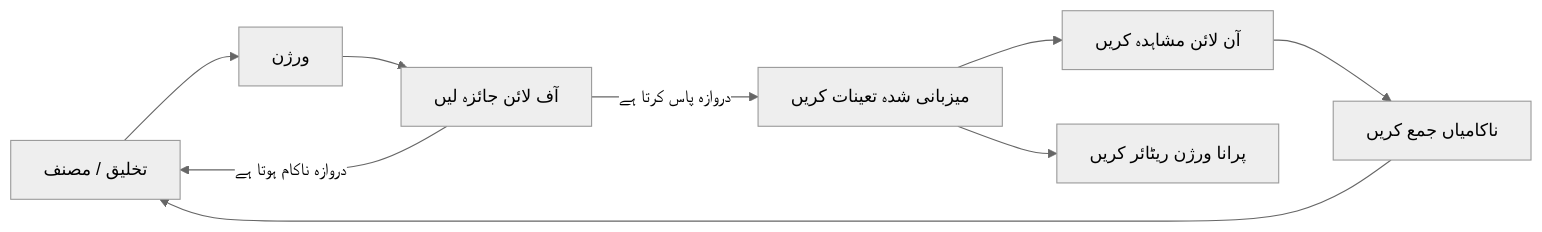
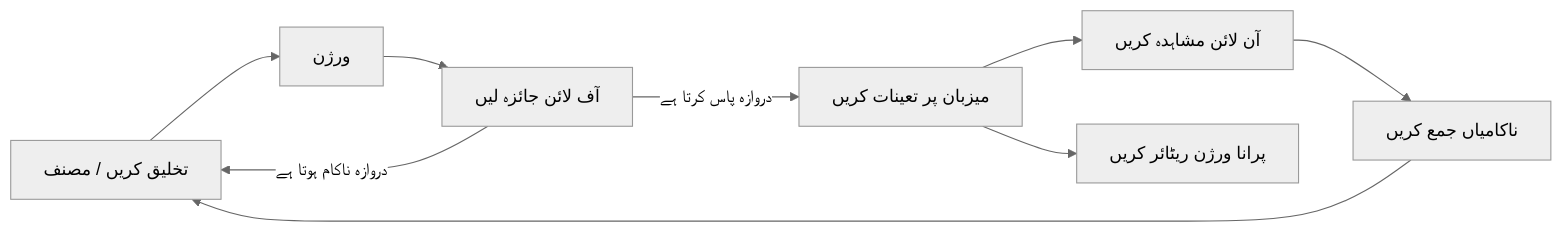
Before and after one commit to gabrielmoreira/agent-skills-mirror: the second of 4 diagrams in mirrors/repos/microsoft@ai-agents-for-beginners/translations/ur/16-deploying-scalable-agents/README.md, drawn with Mermaid (neutral theme). The commit also changed other lines of this file and 3581 other files, not shown here.

````diff
--- a/mirrors/repos/microsoft@ai-agents-for-beginners/translations/ur/16-deploying-scalable-agents/README.md
+++ b/mirrors/repos/microsoft@ai-agents-for-beginners/translations/ur/16-deploying-scalable-agents/README.md
@@ -108,11 +108,11 @@
 ```mermaid
 flowchart LR
-    Create[تخلیق / مصنف] --> Version[ورژن]
+    Create[تخلیق کریں / مصنف] --> Version[ورژن]
     Version --> Evaluate[آف لائن جائزہ لیں]
-    Evaluate -->|دروازہ پاس کرتا ہے| Deploy[میزبانی شدہ تعینات کریں]
+    Evaluate -->|دروازہ پاس کرتا ہے| Deploy[میزبان پر تعینات کریں]
     Evaluate -->|دروازہ ناکام ہوتا ہے| Create
     Deploy --> Observe[آن لائن مشاہدہ کریں]
     Observe --> Improve[ناکامیاں جمع کریں]
     Improve --> Create
     Deploy --> Retire[پرانا ورژن ریٹائر کریں]
 ```
````
